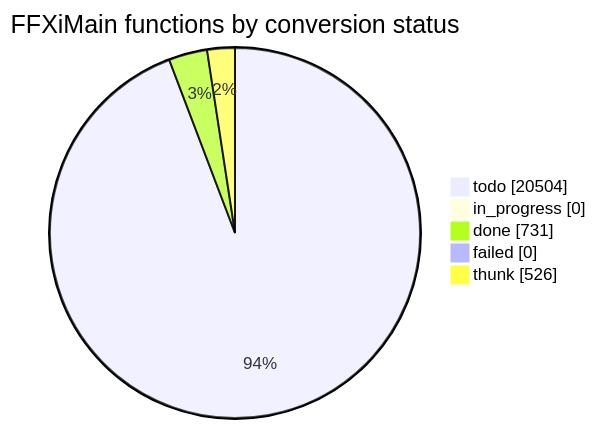
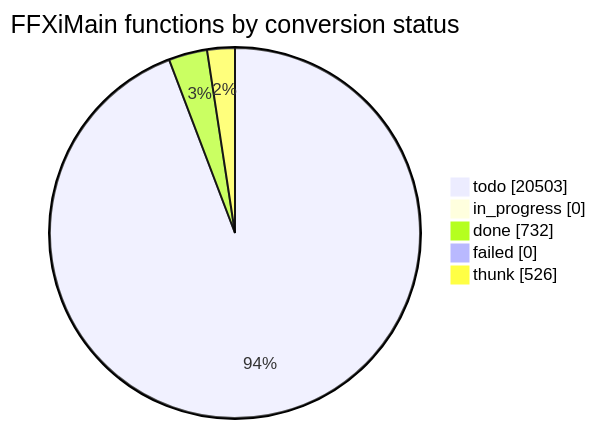
The diagram in docs/cow/STATUS.md (cowrevenge/cow_kuluu_xi_anything), drawn with Mermaid before and after one commit. The commit also changed other lines of this file and 9 other files, not shown here.

````diff
--- a/docs/cow/STATUS.md
+++ b/docs/cow/STATUS.md
@@ -18,9 +18,9 @@
 ```mermaid
 pie showData
     title FFXiMain functions by conversion status
-    "todo" : 20504
+    "todo" : 20503
     "in_progress" : 0
-    "done" : 731
+    "done" : 732
     "failed" : 0
     "thunk" : 526
 ```
````
